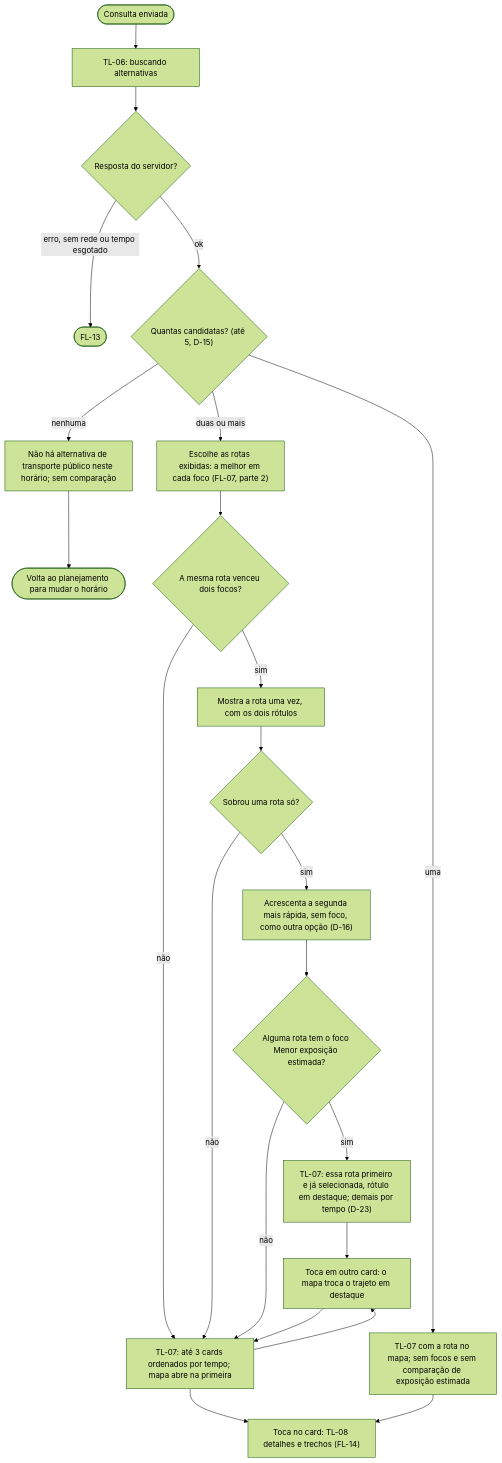
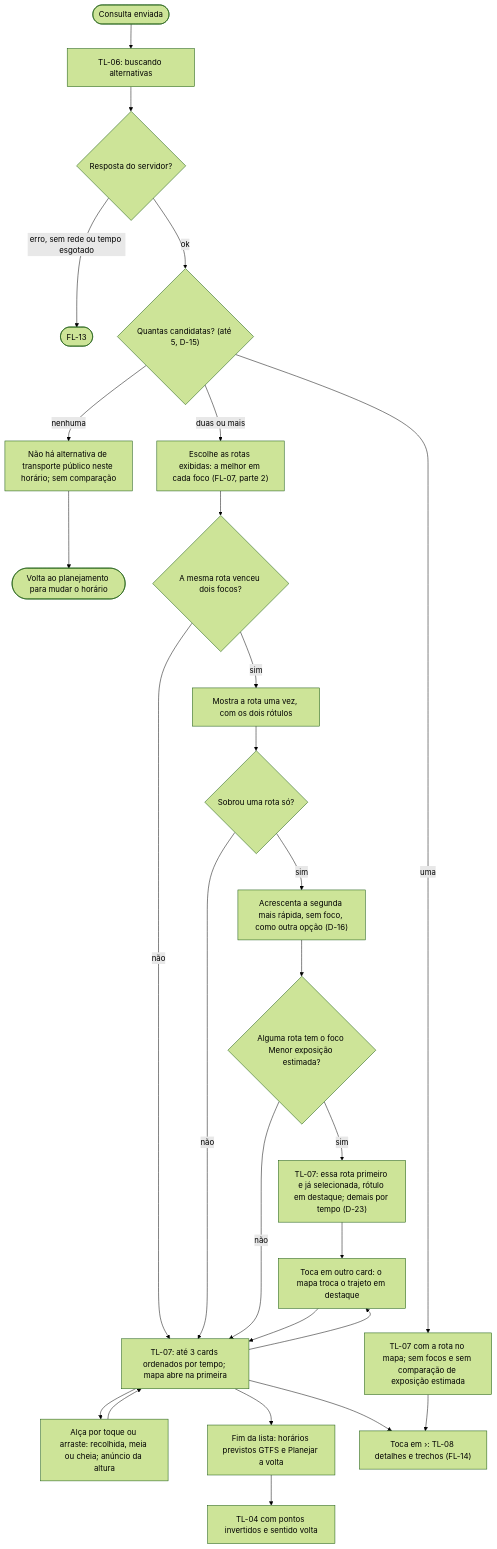
The diagram in docs/app-map/03_fluxogramas/FL-06_alternativas.md (VoltaSegura/voltasegura), drawn with Mermaid (forest theme) before and after one commit. The commit also changed other lines of this file and 134 other files, not shown here.

First line of the commit message:
feat(mobile): redesign ondas 3 a 5, VoltaSegura+ (rotina com lembrete local) e compartilhar trajeto (protótipo com mock)

````diff
--- a/docs/app-map/03_fluxogramas/FL-06_alternativas.md
+++ b/docs/app-map/03_fluxogramas/FL-06_alternativas.md
@@ -12,25 +18,29 @@
 ```mermaid
 flowchart TD
     S(["Consulta enviada"]) --> LOAD["TL-06: buscando alternativas"]
     LOAD --> RESP{"Resposta do servidor?"}
     RESP -- "erro, sem rede ou tempo esgotado" --> ERR(["FL-13"])
     RESP -- "ok" --> QTD{"Quantas candidatas? (até 5, D-15)"}
     QTD -- "nenhuma" --> SEM["Não há alternativa de transporte público neste horário; sem comparação"]
     SEM --> VOLTA(["Volta ao planejamento para mudar o horário"])
     QTD -- "uma" --> UMA["TL-07 com a rota no mapa; sem focos e sem comparação de exposição estimada"]
     QTD -- "duas ou mais" --> FOCO["Escolhe as rotas exibidas: a melhor em cada foco (FL-07, parte 2)"]
     FOCO --> DUP{"A mesma rota venceu dois focos?"}
     DUP -- "sim" --> JUNTA["Mostra a rota uma vez, com os dois rótulos"]
     DUP -- "não" --> LISTA
     JUNTA --> SO{"Sobrou uma rota só?"}
     SO -- "sim" --> OUTRA["Acrescenta a segunda mais rápida, sem foco, como outra opção (D-16)"]
     SO -- "não" --> LISTA
     OUTRA --> PRI{"Alguma rota tem o foco Menor exposição estimada?"}
     PRI -- "sim" --> LEXP["TL-07: essa rota primeiro e já selecionada, rótulo em destaque; demais por tempo (D-23)"]
     PRI -- "não" --> LISTA["TL-07: até 3 cards ordenados por tempo; mapa abre na primeira"]
     LEXP --> TROCA
     LISTA --> TROCA["Toca em outro card: o mapa troca o trajeto em destaque"]
     TROCA --> LISTA
-    LISTA --> DET["Toca no card: TL-08 detalhes e trechos (FL-14)"]
+    LISTA --> ALT["Alça por toque ou arraste: recolhida, meia ou cheia; anúncio da altura"]
+    ALT --> LISTA
+    LISTA --> FIM["Fim da lista: horários previstos GTFS e Planejar a volta"]
+    FIM --> PLAN["TL-04 com pontos invertidos e sentido volta"]
+    LISTA --> DET["Toca em ›: TL-08 detalhes e trechos (FL-14)"]
     UMA --> DET
 ```
````
